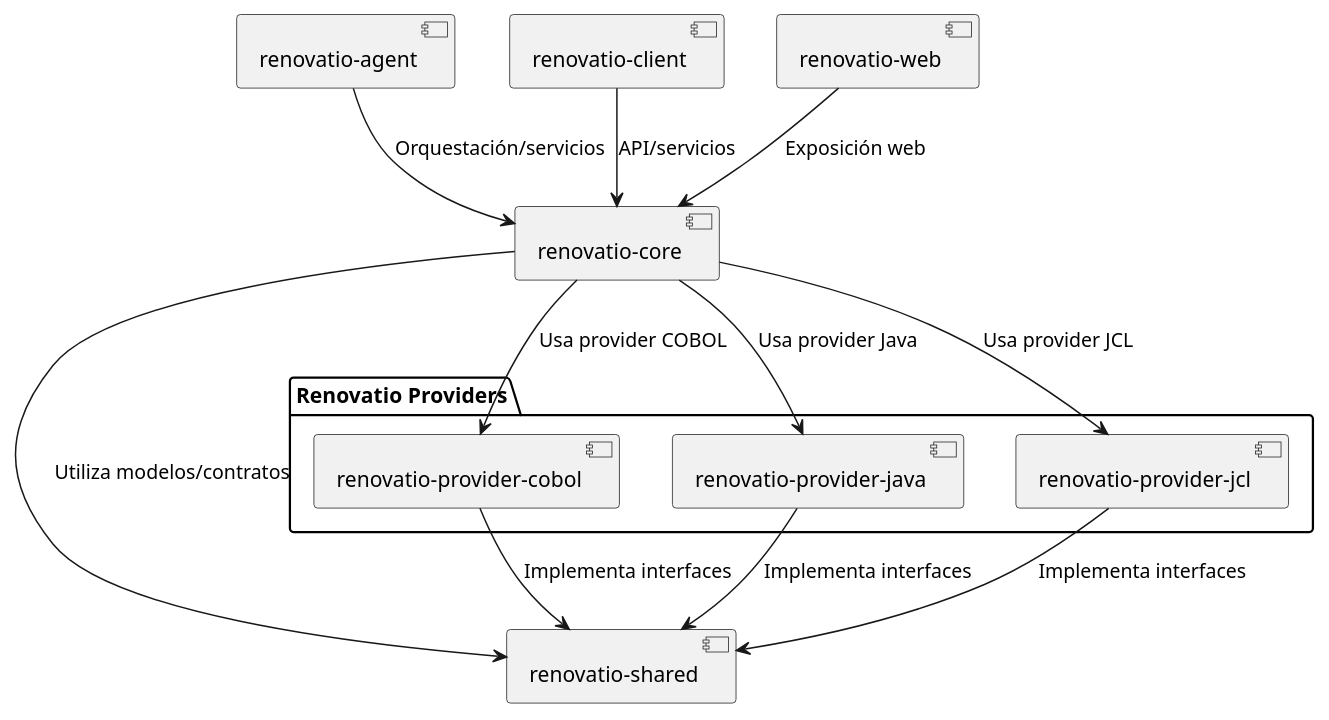
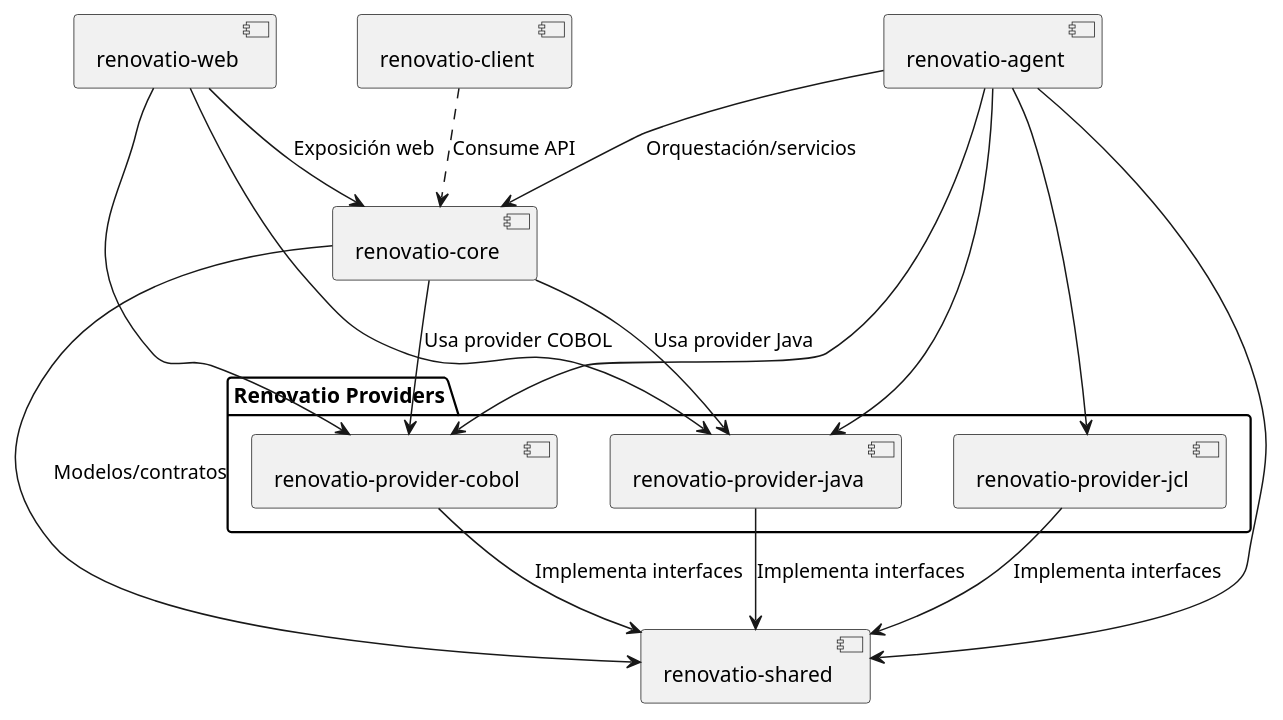
Before and after one commit to accentureshark/renovatio: the diagram in component.puml, drawn with PlantUML.

Commit message:
doc: expand module dependency diagram

```diff
--- a/component.puml
+++ b/component.puml
@@ -1,30 +1,38 @@
 @startuml
 ' Diagrama de componentes Renovatio
 
 package "Renovatio Providers" {
   [renovatio-provider-cobol]
   [renovatio-provider-java]
   [renovatio-provider-jcl]
 }
 
 [renovatio-shared]
 [renovatio-core]
 [renovatio-agent]
 [renovatio-client]
 [renovatio-web]
 
 ' Dependencias principales
-[renovatio-core] --> [renovatio-shared] : Utiliza modelos/contratos
-[renovatio-core] --> [renovatio-provider-cobol] : Usa provider COBOL
-[renovatio-core] --> [renovatio-provider-java] : Usa provider Java
-[renovatio-core] --> [renovatio-provider-jcl] : Usa provider JCL
 
 [renovatio-provider-cobol] --> [renovatio-shared] : Implementa interfaces
 [renovatio-provider-java] --> [renovatio-shared] : Implementa interfaces
 [renovatio-provider-jcl] --> [renovatio-shared] : Implementa interfaces
 
+[renovatio-core] --> [renovatio-shared] : Modelos/contratos
+[renovatio-core] --> [renovatio-provider-cobol] : Usa provider COBOL
+[renovatio-core] --> [renovatio-provider-java] : Usa provider Java
+
 [renovatio-agent] --> [renovatio-core] : Orquestación/servicios
-[renovatio-client] --> [renovatio-core] : API/servicios
+[renovatio-agent] --> [renovatio-provider-cobol]
+[renovatio-agent] --> [renovatio-provider-java]
+[renovatio-agent] --> [renovatio-provider-jcl]
+[renovatio-agent] --> [renovatio-shared]
+
 [renovatio-web] --> [renovatio-core] : Exposición web
+[renovatio-web] --> [renovatio-provider-cobol]
+[renovatio-web] --> [renovatio-provider-java]
+
+[renovatio-client] ..> [renovatio-core] : Consume API
 
 @enduml
```
